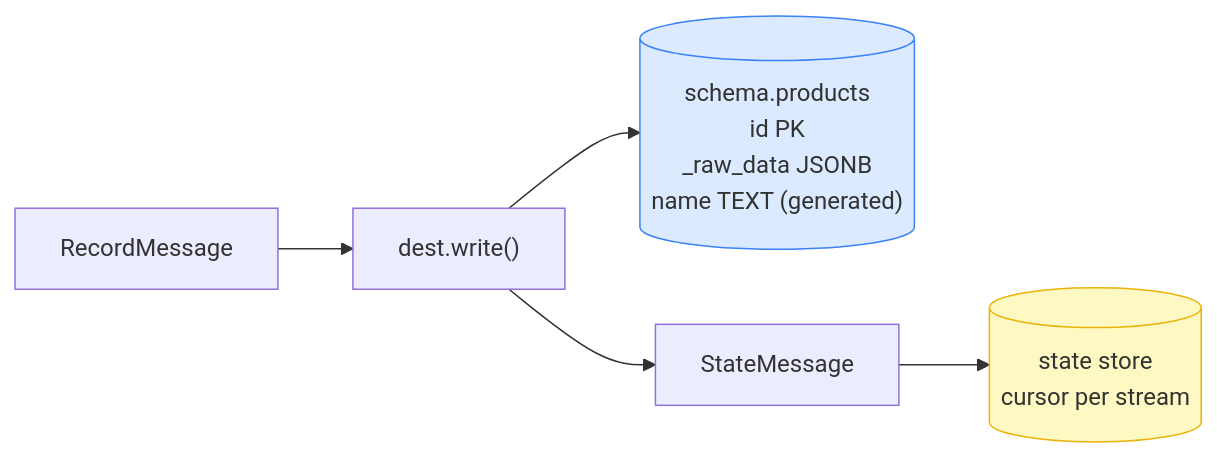
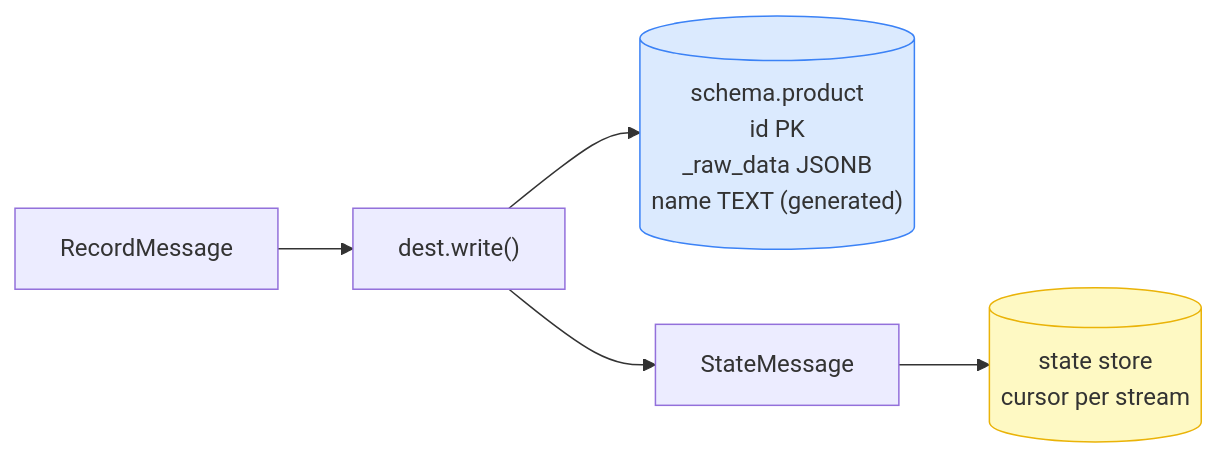
The sixth of 7 diagrams in docs/slides/architecture.md (supabase/stripe-sync-engine), drawn with Mermaid before and after one commit. The commit also changed other lines of this file and 108 other files, not shown here.

````diff
--- a/docs/slides/architecture.md
+++ b/docs/slides/architecture.md
@@ -281,12 +281,12 @@
 ```mermaid
 flowchart LR
   RM["RecordMessage"]
   DW["dest.write()"]
-  DB[("schema.products\nid PK\n_raw_data JSONB\nname TEXT (generated)")]
+  DB[("schema.product\nid PK\n_raw_data JSONB\nname TEXT (generated)")]
   SM["StateMessage"]
   ST[("state store\ncursor per stream")]
   RM --> DW --> DB
   DW --> SM --> ST
   style DB fill:#dbeafe,stroke:#3b82f6
   style ST fill:#fef9c3,stroke:#eab308
 ```
````
